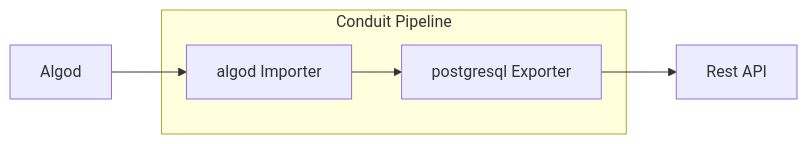
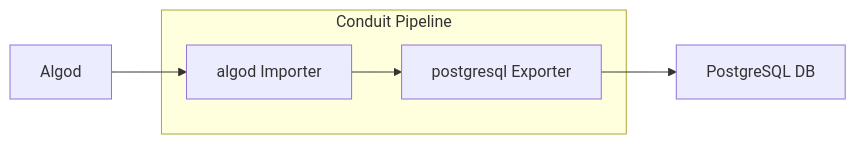
Before and after one commit to algorandfoundation/docs: the second of 5 diagrams in docs/get-details/conduit/tutorials/IndexerMigration.md, drawn with Mermaid. The commit also changed other lines of this file and 9 other files, not shown here.

````diff
--- a/docs/get-details/conduit/tutorials/IndexerMigration.md
+++ b/docs/get-details/conduit/tutorials/IndexerMigration.md
@@ -39,13 +44,13 @@
 ```mermaid
 graph LR;
     algod["Algod"]
     pe["postgresql Exporter"]
     algodimp["algod Importer"]
-    restapi["Rest API"]
+    db["PostgreSQL DB"]
 
     algod-->algodimp
     subgraph "Conduit Pipeline"
         algodimp-->pe;
     end
-    pe-->restapi;
+    pe-->db;
 ```
````
